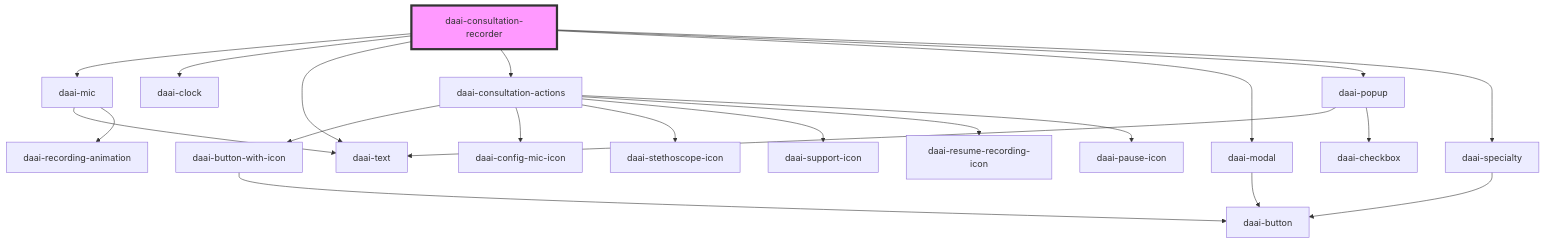
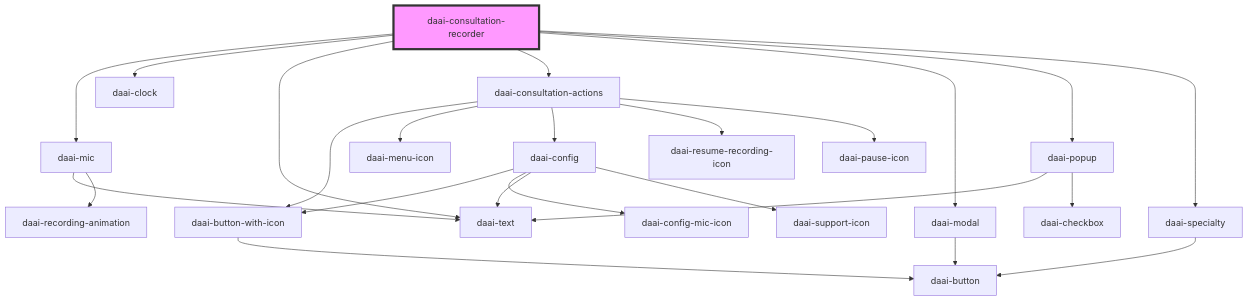
The diagram in src/components/templates/daai-consultation-recorder/readme.md (doctor-assistant/web-components), drawn with Mermaid before and after one commit. The commit also changed other lines of this file and 6 other files, not shown here.

````diff
--- a/src/components/templates/daai-consultation-recorder/readme.md
+++ b/src/components/templates/daai-consultation-recorder/readme.md
@@ -34,24 +35,27 @@
 ```mermaid
 graph TD;
   daai-consultation-recorder --> daai-mic
   daai-consultation-recorder --> daai-clock
   daai-consultation-recorder --> daai-text
   daai-consultation-recorder --> daai-consultation-actions
   daai-consultation-recorder --> daai-modal
   daai-consultation-recorder --> daai-popup
   daai-consultation-recorder --> daai-specialty
   daai-mic --> daai-text
   daai-mic --> daai-recording-animation
   daai-consultation-actions --> daai-button-with-icon
-  daai-consultation-actions --> daai-config-mic-icon
-  daai-consultation-actions --> daai-stethoscope-icon
-  daai-consultation-actions --> daai-support-icon
+  daai-consultation-actions --> daai-menu-icon
+  daai-consultation-actions --> daai-config
   daai-consultation-actions --> daai-resume-recording-icon
   daai-consultation-actions --> daai-pause-icon
   daai-button-with-icon --> daai-button
+  daai-config --> daai-button-with-icon
+  daai-config --> daai-config-mic-icon
+  daai-config --> daai-text
+  daai-config --> daai-support-icon
   daai-modal --> daai-button
   daai-popup --> daai-text
   daai-popup --> daai-checkbox
   daai-specialty --> daai-button
   style daai-consultation-recorder fill:#f9f,stroke:#333,stroke-width:4px
 ```
````
